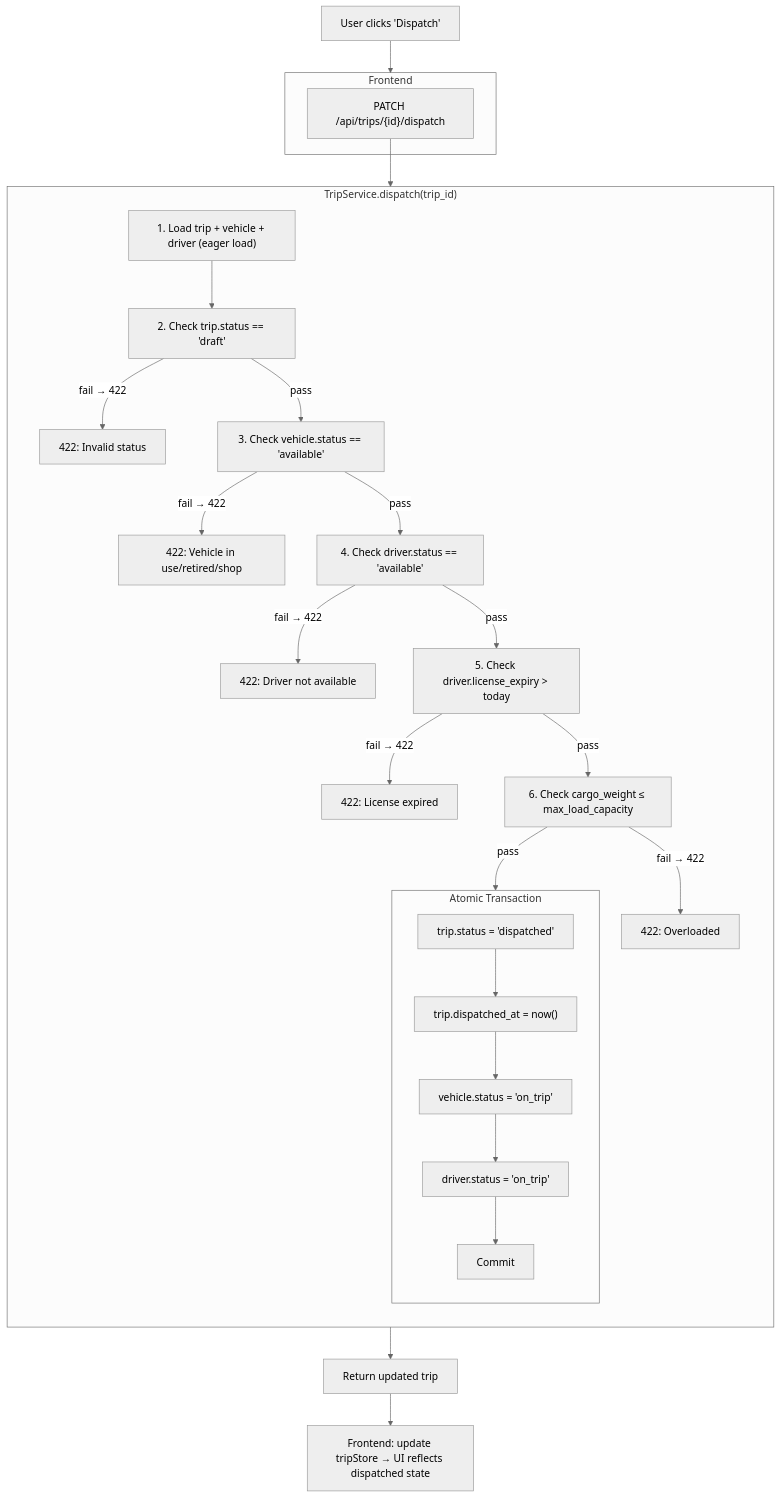
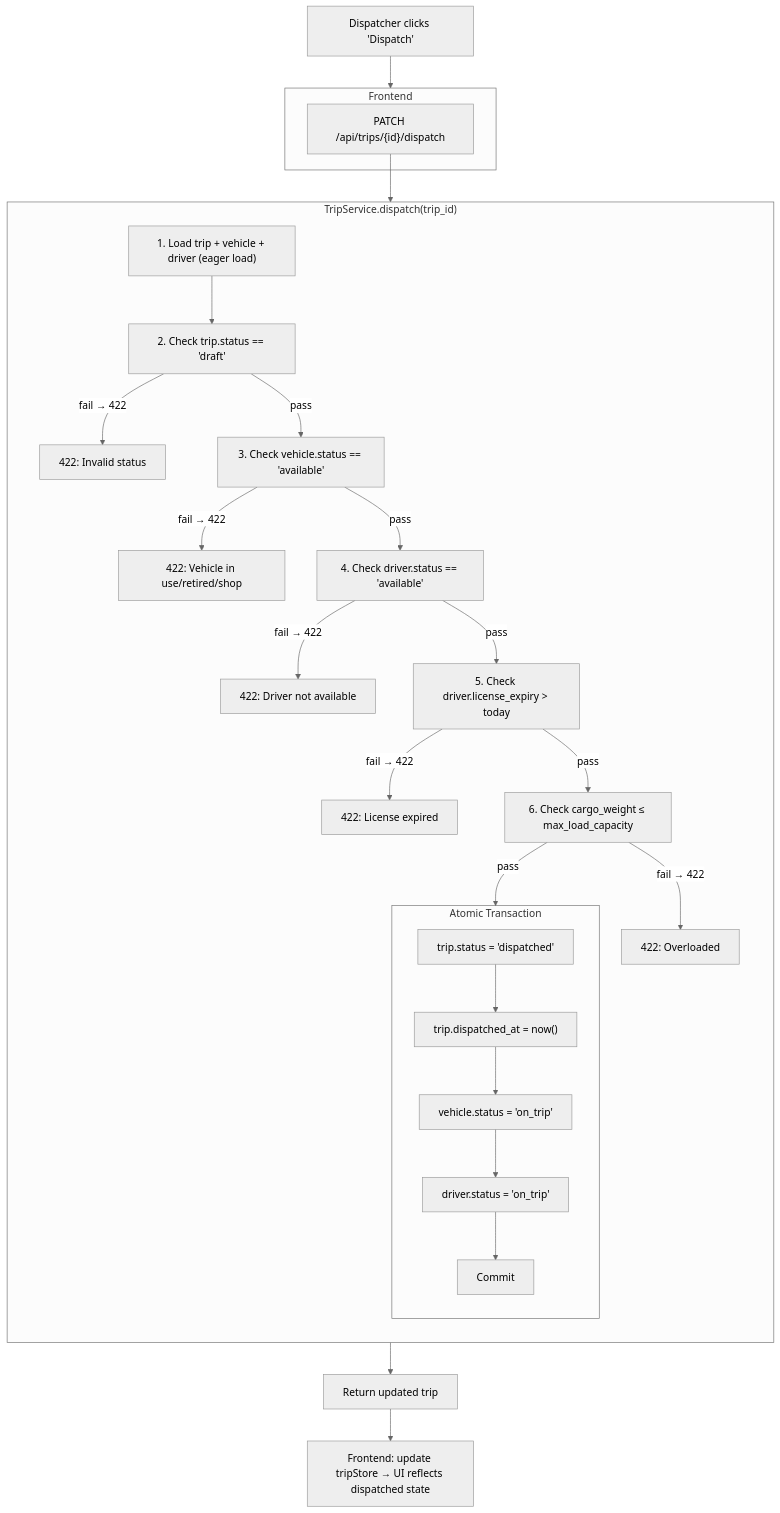
One commit to ShyamalKacha/TransitOps changed the eighth of 9 diagrams in TRANSITOPS_DESIGN.md. Above: the diagram before and after it, drawn with Mermaid (neutral theme). The commit also changed other lines of this file and 1 other file, not shown here.

````diff
--- a/TRANSITOPS_DESIGN.md
+++ b/TRANSITOPS_DESIGN.md
@@ -870,41 +859,41 @@
 ```mermaid
 flowchart TD
-    A["User clicks 'Dispatch'"] --> B
+    A["Dispatcher clicks 'Dispatch'"] --> B
     subgraph B["Frontend"]
         B1["PATCH /api/trips/{id}/dispatch"]
     end
 
     B1 --> C
     subgraph C["TripService.dispatch(trip_id)"]
         direction TB
         C1["1. Load trip + vehicle + driver (eager load)"]
         C2["2. Check trip.status == 'draft'"]
         C3["3. Check vehicle.status == 'available'"]
         C4["4. Check driver.status == 'available'"]
         C5["5. Check driver.license_expiry > today"]
         C6["6. Check cargo_weight ≤ max_load_capacity"]
 
         C1 --> C2
         C2 -->|"fail → 422"| ERR1["422: Invalid status"]
         C2 -->|"pass"| C3
         C3 -->|"fail → 422"| ERR2["422: Vehicle in use/retired/shop"]
         C3 -->|"pass"| C4
         C4 -->|"fail → 422"| ERR3["422: Driver not available"]
         C4 -->|"pass"| C5
         C5 -->|"fail → 422"| ERR4["422: License expired"]
         C5 -->|"pass"| C6
         C6 -->|"fail → 422"| ERR5["422: Overloaded"]
         C6 -->|"pass"| TXN
     end
 
     subgraph TXN["Atomic Transaction"]
         TXN1["trip.status = 'dispatched'"]
         TXN2["trip.dispatched_at = now()"]
         TXN3["vehicle.status = 'on_trip'"]
         TXN4["driver.status = 'on_trip'"]
         TXN1 --> TXN2 --> TXN3 --> TXN4 --> COMMIT["Commit"]
     end
 
     COMMIT --> D["Return updated trip"]
     D --> E["Frontend: update tripStore → UI reflects dispatched state"]
 ```
````
